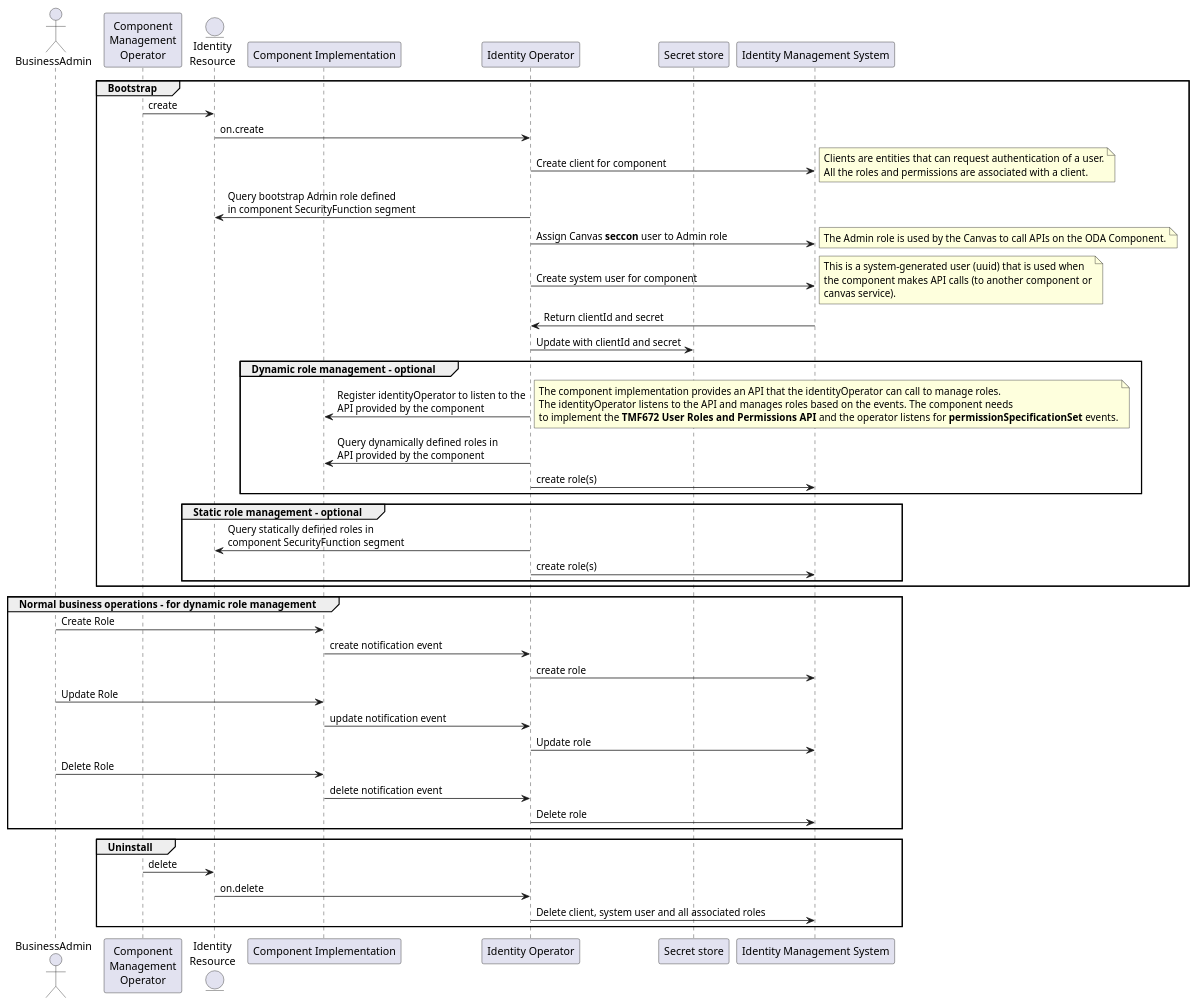
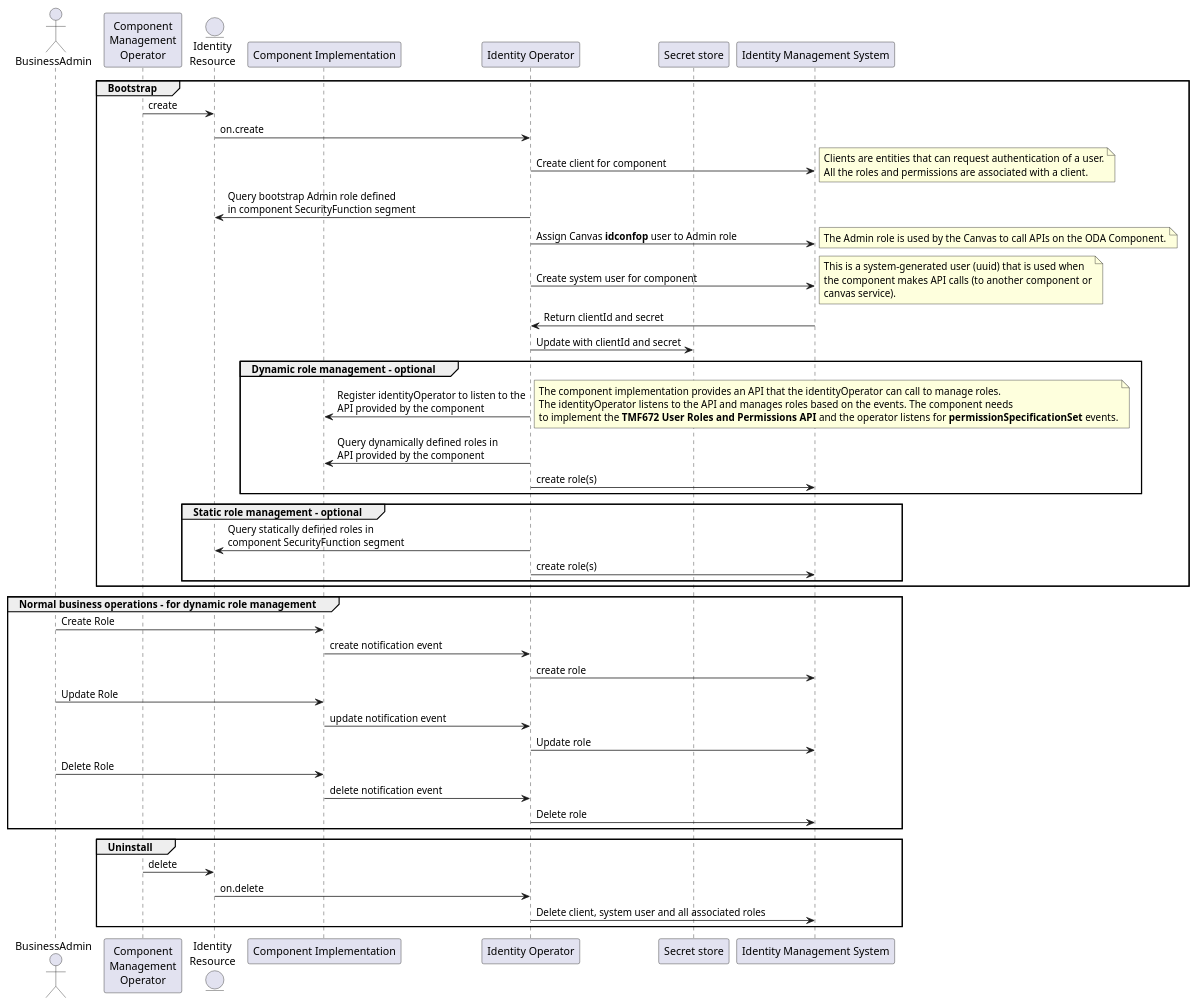
The diagram in usecase-library/pumlFiles/configure-users-and-roles.puml (tmforum-oda/oda-canvas), drawn with PlantUML before and after one commit. The commit also changed 18 other files, not shown here.

Commit message:
Changed seccon to idconfop

```diff
--- a/usecase-library/pumlFiles/configure-users-and-roles.puml
+++ b/usecase-library/pumlFiles/configure-users-and-roles.puml
@@ -1,70 +1,70 @@
 @startuml
 
 actor BusinessAdmin
 participant "Component\nManagement\nOperator" as ComponentOperator
 entity "Identity\nResource" as IdentityResource
 participant "Component Implementation" as ComponentImplementation
 participant "Identity Operator" as identityOperator
 participant "Secret store" as SecretStore
 participant "Identity Management System" as IDM
 
 group Bootstrap
 IdentityResource <- ComponentOperator : create
 
 IdentityResource -> identityOperator: on.create 
 identityOperator -> IDM: Create client for component
 note right
     Clients are entities that can request authentication of a user.
     All the roles and permissions are associated with a client.
 end note
 
 identityOperator -> IdentityResource : Query bootstrap Admin role defined\nin component SecurityFunction segment
-identityOperator -> IDM: Assign Canvas **seccon** user to Admin role
+identityOperator -> IDM: Assign Canvas **idconfop** user to Admin role
 note right
     The Admin role is used by the Canvas to call APIs on the ODA Component.
 end note
 
 identityOperator -> IDM: Create system user for component
 note right
     This is a system-generated user (uuid) that is used when
     the component makes API calls (to another component or
     canvas service).
 end note
 identityOperator <- IDM: Return clientId and secret
 identityOperator -> SecretStore: Update with clientId and secret
 
 group Dynamic role management - optional
     identityOperator -> ComponentImplementation: Register identityOperator to listen to the\nAPI provided by the component
     note right
         The component implementation provides an API that the identityOperator can call to manage roles.
         The identityOperator listens to the API and manages roles based on the events. The component needs
         to implement the **TMF672 User Roles and Permissions API** and the operator listens for **permissionSpecificationSet** events.
     end note
     identityOperator -> ComponentImplementation: Query dynamically defined roles in\nAPI provided by the component
     identityOperator -> IDM: create role(s)
 end 
 group Static role management - optional
     identityOperator -> IdentityResource: Query statically defined roles in\ncomponent SecurityFunction segment
     identityOperator -> IDM: create role(s)
 end 
 
 end 
 group Normal business operations - for dynamic role management
     BusinessAdmin -> ComponentImplementation: Create Role
     ComponentImplementation-> identityOperator: create notification event
     identityOperator -> IDM: create role
     BusinessAdmin -> ComponentImplementation: Update Role
     ComponentImplementation-> identityOperator: update notification event
     identityOperator -> IDM: Update role
     BusinessAdmin -> ComponentImplementation: Delete Role
     ComponentImplementation-> identityOperator: delete notification event
     identityOperator -> IDM: Delete role
 end
 
 group Uninstall
     ComponentOperator -> IdentityResource  : delete
     IdentityResource -> identityOperator: on.delete 
     identityOperator -> IDM: Delete client, system user and all associated roles  
 end
 
 @enduml
```
